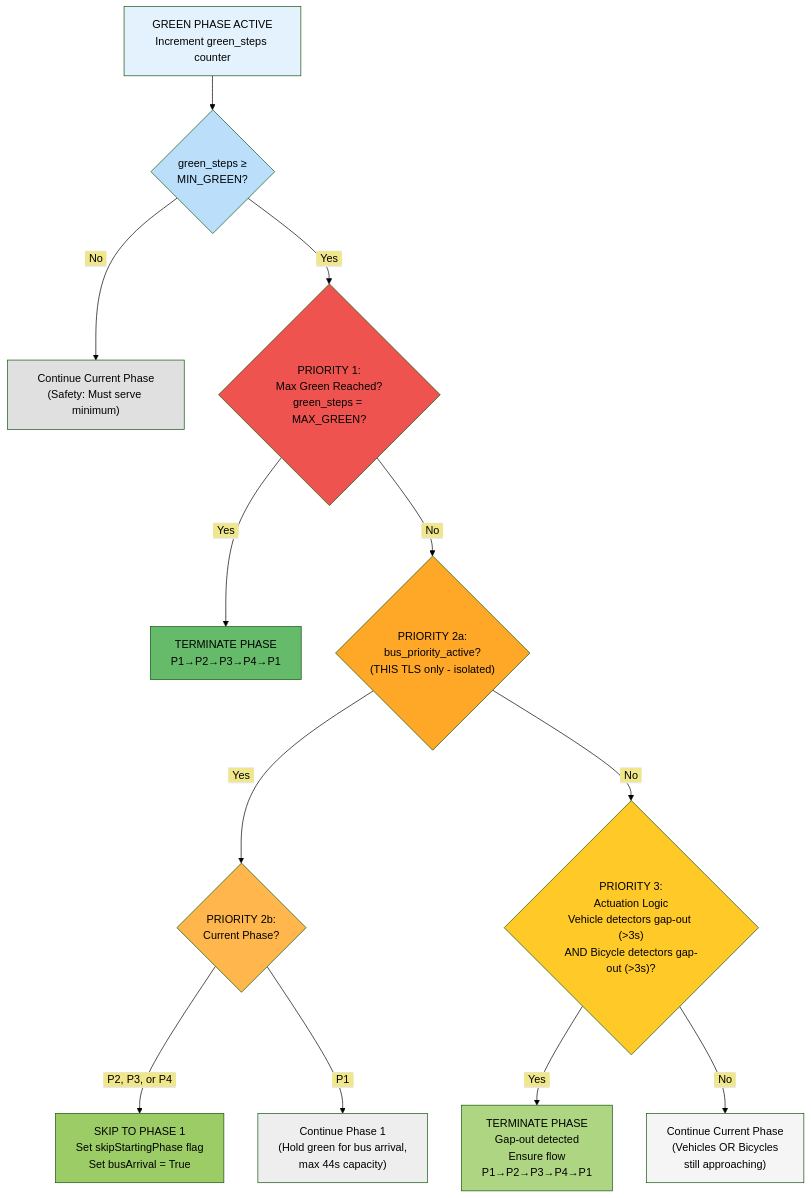
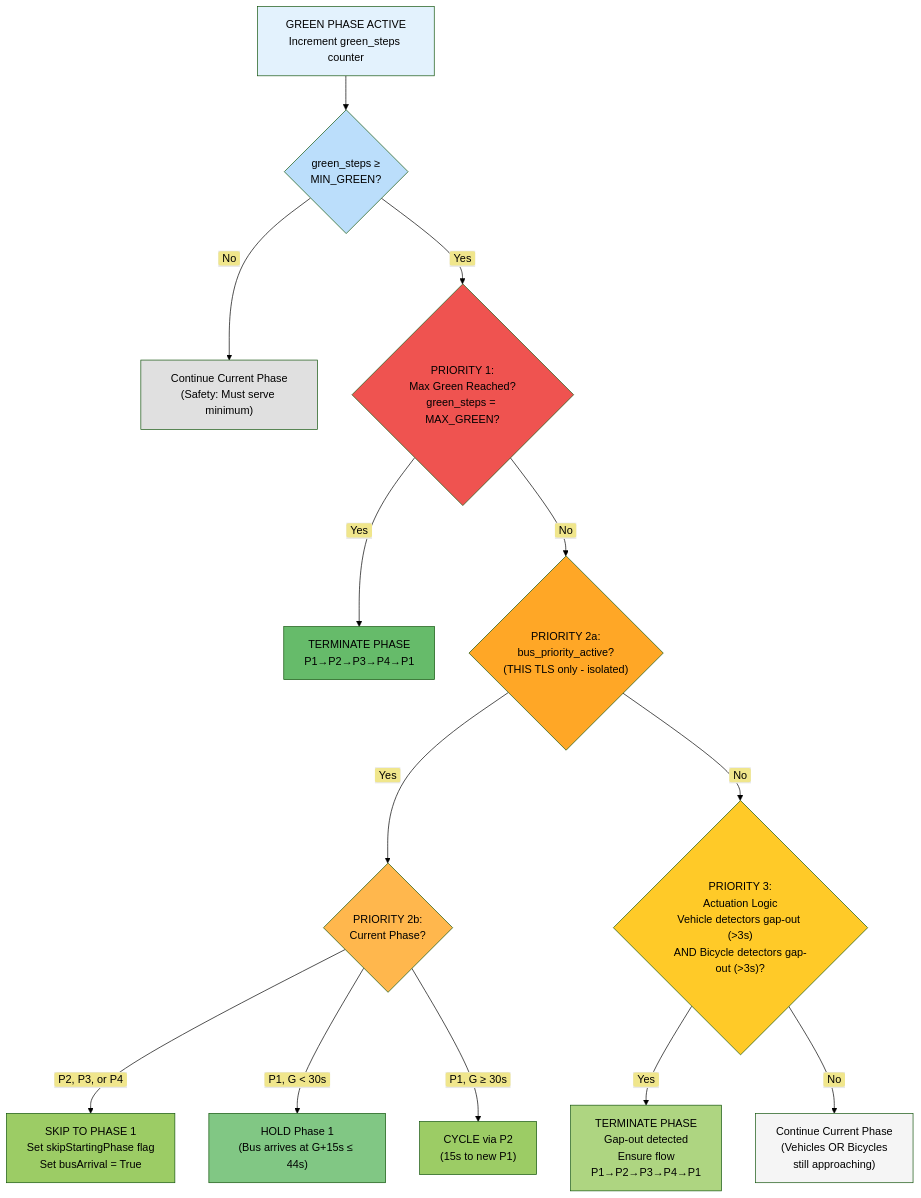
One commit to Chaklader/SignalSyncPro changed the first of 5 diagrams in papers/Rule_Based_Control_DEV.md. Above: the diagram before and after it, drawn with Mermaid (forest theme). The commit also changed other lines of this file, not shown here.

````diff
--- a/papers/Rule_Based_Control_DEV.md
+++ b/papers/Rule_Based_Control_DEV.md
@@ -26,38 +27,41 @@
 ```mermaid
 flowchart TD
 
     GreenStart["GREEN PHASE ACTIVE<br>Increment green_steps counter"] --> MinGreenCheck{"green_steps ≥<br>MIN_GREEN?"}
 
     MinGreenCheck -->|<span style='background-color:khaki; color:black; padding:2px 6px; border-radius:3px'>No</span>| Continue0["Continue Current Phase<br>(Safety: Must serve minimum)"]
 
     MinGreenCheck -->|<span style='background-color:khaki; color:black; padding:2px 6px; border-radius:3px'>Yes</span>| Priority1{"PRIORITY 1:<br>Max Green Reached?<br>green_steps = MAX_GREEN?"}
 
     Priority1 -->|<span style='background-color:khaki; color:black; padding:2px 6px; border-radius:3px'>Yes</span>| Action1["TERMINATE PHASE<br>P1→P2→P3→P4→P1"]
 
     Priority1 -->|<span style='background-color:khaki; color:black; padding:2px 6px; border-radius:3px'>No</span>| Priority2a{"PRIORITY 2a:<br>bus_priority_active?<br>(THIS TLS only - isolated)"}
 
     Priority2a -->|<span style='background-color:khaki; color:black; padding:2px 6px; border-radius:3px'>Yes</span>| Priority2b{"PRIORITY 2b:<br>Current Phase?"}
 
     Priority2b -->|<span style='background-color:khaki; color:black; padding:2px 6px; border-radius:3px'>P2, P3, or P4</span>| Action2["SKIP TO PHASE 1<br>Set skipStartingPhase flag<br>Set busArrival = True"]
 
-    Priority2b -->|<span style='background-color:khaki; color:black; padding:2px 6px; border-radius:3px'>P1</span>| ContinueP1["Continue Phase 1<br>(Hold green for bus arrival,<br>max 44s capacity)"]
+    Priority2b -->|<span style='background-color:khaki; color:black; padding:2px 6px; border-radius:3px'>P1, G < 30s</span>| ContinueP1["HOLD Phase 1<br>(Bus arrives at G+15s ≤ 44s)"]
+
+    Priority2b -->|<span style='background-color:khaki; color:black; padding:2px 6px; border-radius:3px'>P1, G ≥ 30s</span>| CycleP1["CYCLE via P2<br>(15s to new P1)"]
 
     Priority2a -->|<span style='background-color:khaki; color:black; padding:2px 6px; border-radius:3px'>No</span>| Priority3{"PRIORITY 3:<br>Actuation Logic<br>Vehicle detectors gap-out (>3s)<br>AND Bicycle detectors gap-out (>3s)?"}
 
     Priority3 -->|<span style='background-color:khaki; color:black; padding:2px 6px; border-radius:3px'>Yes</span>| Action3["TERMINATE PHASE<br>Gap-out detected<br>Ensure flow<br>P1→P2→P3→P4→P1"]
 
     Priority3 -->|<span style='background-color:khaki; color:black; padding:2px 6px; border-radius:3px'>No</span>| Continue2["Continue Current Phase<br>(Vehicles OR Bicycles<br>still approaching)"]
 
     style GreenStart fill:#E3F2FD
     style MinGreenCheck fill:#BBDEFB
     style Priority1 fill:#EF5350
     style Priority2a fill:#FFA726
     style Priority2b fill:#FFB74D
     style Priority3 fill:#FFCA28
     style Action1 fill:#66BB6A
     style Action2 fill:#9CCC65
     style Action3 fill:#AED581
-    style ContinueP1 fill:#EEEEEE
+    style ContinueP1 fill:#81C784
+    style CycleP1 fill:#9CCC65
     style Continue0 fill:#E0E0E0
     style Continue2 fill:#F5F5F5
 ```
````
